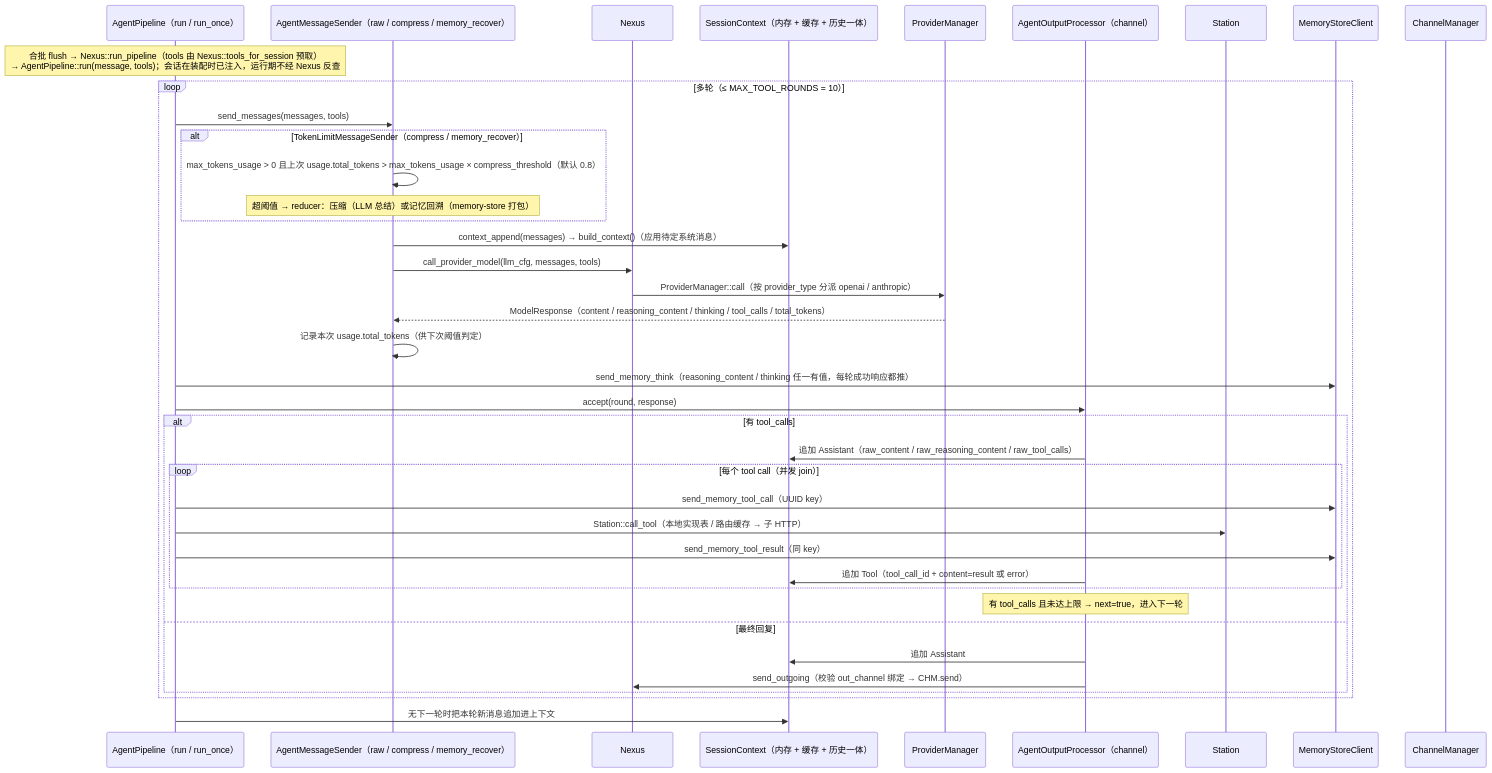
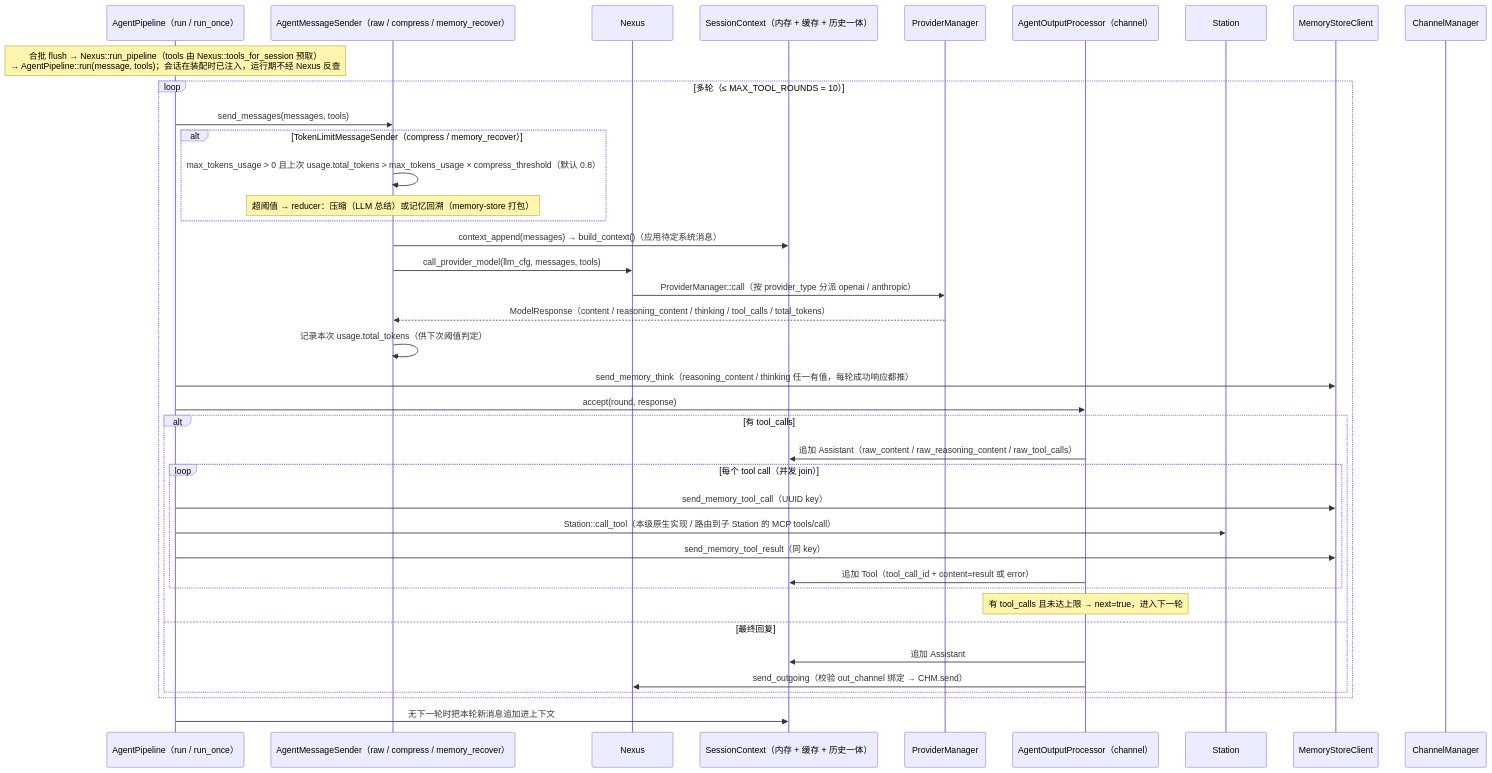
One commit to coldcloude/kissbot changed the fourth of 5 diagrams in docs/spec/agent-modules.md. Above: the diagram before and after it, drawn with Mermaid. The commit also changed other lines of this file and 53 other files, not shown here.

First line of the commit message:
Station 与 MCP 一体化：新增 kissbot-mcp 组件，以 group/MCP 重写 Station

````diff
--- a/docs/spec/agent-modules.md
+++ b/docs/spec/agent-modules.md
@@ -164,42 +166,42 @@
 ```mermaid
 sequenceDiagram
     participant PL as AgentPipeline（run / run_once）
     participant MSN as AgentMessageSender（raw / compress / memory_recover）
     participant CO as Nexus
     participant CTX as SessionContext（内存 + 缓存 + 历史一体）
     participant PRV as ProviderManager
     participant OUT as AgentOutputProcessor（channel）
     participant ST as Station
     participant MSC as MemoryStoreClient
     participant CHM as ChannelManager
 
     Note over PL: 合批 flush → Nexus::run_pipeline（tools 由 Nexus::tools_for_session 预取）<br/>→ AgentPipeline::run(message, tools)；会话在装配时已注入，运行期不经 Nexus 反查
     loop 多轮（≤ MAX_TOOL_ROUNDS = 10）
         PL->>MSN: send_messages(messages, tools)
         alt TokenLimitMessageSender（compress / memory_recover）
             MSN->>MSN: max_tokens_usage > 0 且上次 usage.total_tokens > max_tokens_usage × compress_threshold（默认 0.8）
             Note over MSN: 超阈值 → reducer：压缩（LLM 总结）或记忆回溯（memory-store 打包）
         end
         MSN->>CTX: context_append(messages) → build_context()（应用待定系统消息）
         MSN->>CO: call_provider_model(llm_cfg, messages, tools)
         CO->>PRV: ProviderManager::call（按 provider_type 分派 openai / anthropic）
         PRV-->>MSN: ModelResponse（content / reasoning_content / thinking / tool_calls / total_tokens）
         MSN->>MSN: 记录本次 usage.total_tokens（供下次阈值判定）
         PL->>MSC: send_memory_think（reasoning_content / thinking 任一有值，每轮成功响应都推）
         PL->>OUT: accept(round, response)
         alt 有 tool_calls
             OUT->>CTX: 追加 Assistant（raw_content / raw_reasoning_content / raw_tool_calls）
             loop 每个 tool call（并发 join）
                 PL->>MSC: send_memory_tool_call（UUID key）
-                PL->>ST: Station::call_tool（本地实现表 / 路由缓存 → 子 HTTP）
+                PL->>ST: Station::call_tool（本级原生实现 / 路由到子 Station 的 MCP tools/call）
                 PL->>MSC: send_memory_tool_result（同 key）
                 OUT->>CTX: 追加 Tool（tool_call_id + content=result 或 error）
             end
             Note over OUT: 有 tool_calls 且未达上限 → next=true，进入下一轮
         else 最终回复
             OUT->>CTX: 追加 Assistant
             OUT->>CO: send_outgoing（校验 out_channel 绑定 → CHM.send）
         end
     end
     PL->>CTX: 无下一轮时把本轮新消息追加进上下文
 ```
````
